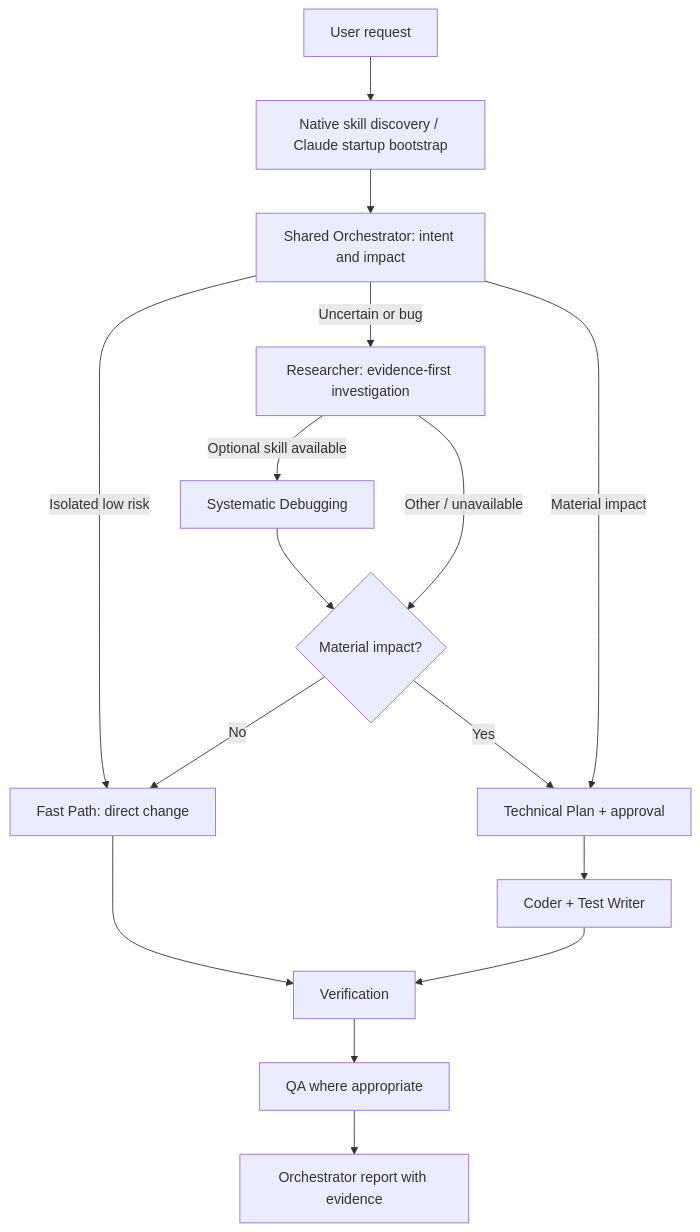
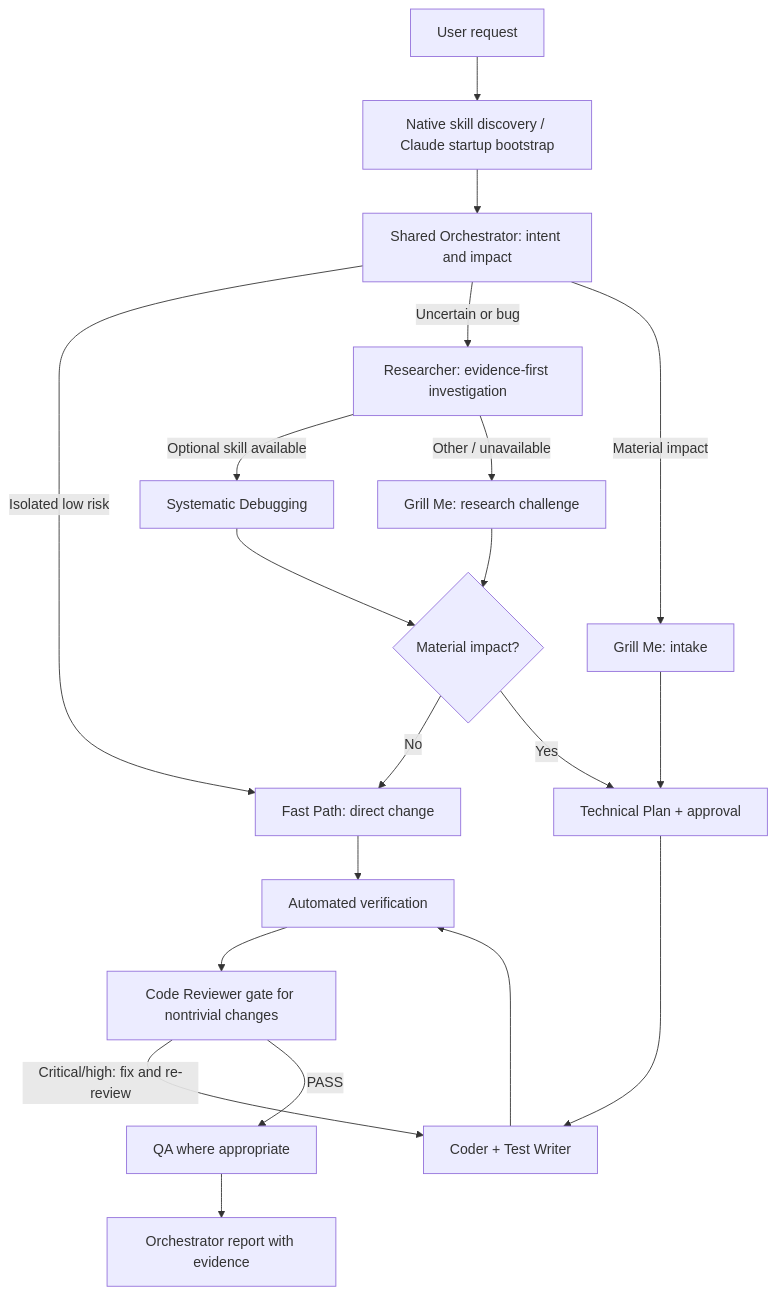
One commit to rifqicode/my-ai-setup changed the diagram in README.md. Above: the diagram before and after it, drawn with Mermaid. The commit also changed other lines of this file and 14 other files, not shown here.

First line of the commit message:
Merge pull request #6 from rifqicode/feat/grill-me-code-review-gates

````diff
--- a/README.md
+++ b/README.md
@@ -7,18 +7,22 @@
 ```mermaid
 flowchart TD
     U[User request] --> N[Native skill discovery / Claude startup bootstrap]
     N --> O[Shared Orchestrator: intent and impact]
     O -->|Isolated low risk| F[Fast Path: direct change]
     O -->|Uncertain or bug| R[Researcher: evidence-first investigation]
     R -->|Optional skill available| S[Systematic Debugging]
     S --> G{Material impact?}
-    R -->|Other / unavailable| G
-    O -->|Material impact| P[Technical Plan + approval]
+    R -->|Other / unavailable| GR[Grill Me: research challenge]
+    GR --> G
+    O -->|Material impact| GI[Grill Me: intake]
+    GI --> P[Technical Plan + approval]
     G -->|No| F
     G -->|Yes| P
     P --> C[Coder + Test Writer]
-    C --> V[Verification]
+    C --> V[Automated verification]
     F --> V
-    V --> Q[QA where appropriate]
+    V --> CR[Code Reviewer gate for nontrivial changes]
+    CR -->|Critical/high: fix and re-review| C
+    CR -->|PASS| Q[QA where appropriate]
     Q --> X[Orchestrator report with evidence]
 ```
````
